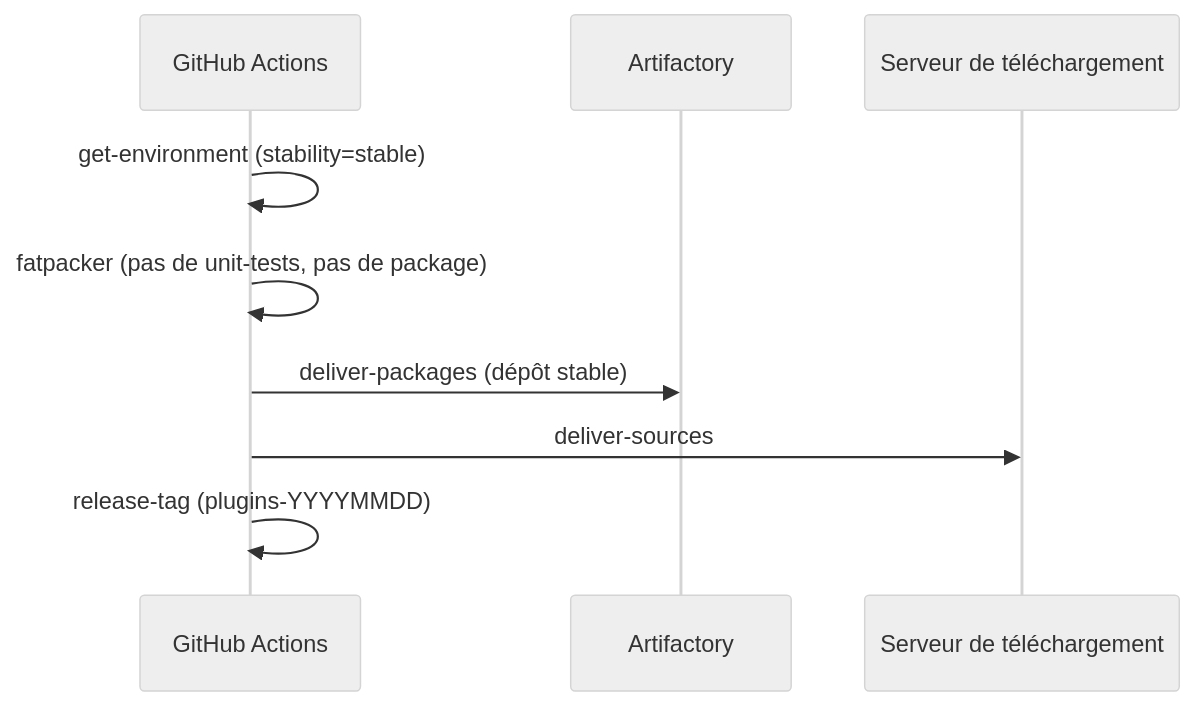
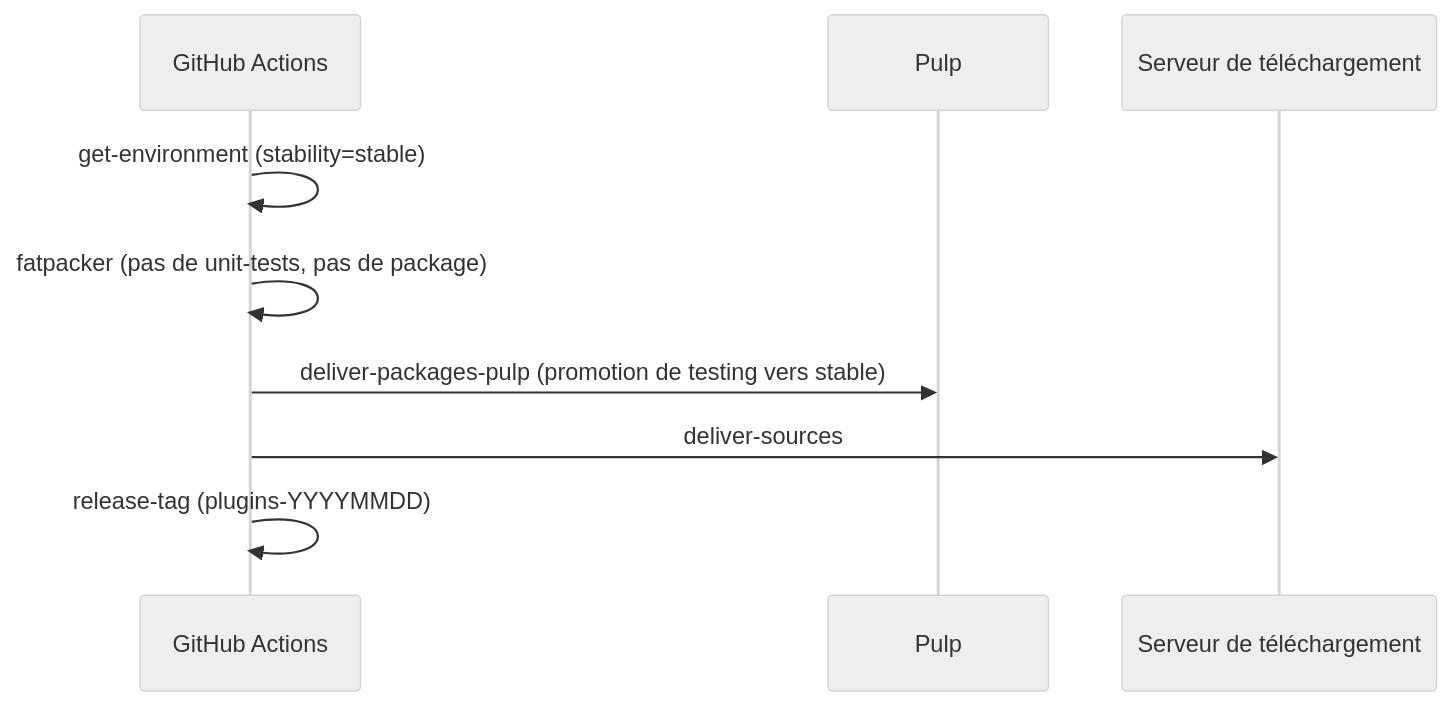
One commit to centreon/centreon-plugins changed the seventh of 7 diagrams in doc/fr/developer/plugins-ci.md. Above: the diagram before and after it, drawn with Mermaid (neutral theme). The commit also changed other lines of this file and 21 other files, not shown here.

````diff
--- a/doc/fr/developer/plugins-ci.md
+++ b/doc/fr/developer/plugins-ci.md
@@ -381,12 +380,12 @@
 ```mermaid
 sequenceDiagram
     participant GH as GitHub Actions
-    participant ART as Artifactory
+    participant PULP as Pulp
     participant DL as Serveur de téléchargement
 
     GH->>GH: get-environment (stability=stable)
     GH->>GH: fatpacker (pas de unit-tests, pas de package)
-    GH->>ART: deliver-packages (dépôt stable)
+    GH->>PULP: deliver-packages-pulp (promotion de testing vers stable)
     GH->>DL: deliver-sources
     GH->>GH: release-tag (plugins-YYYYMMDD)
 ```
````
